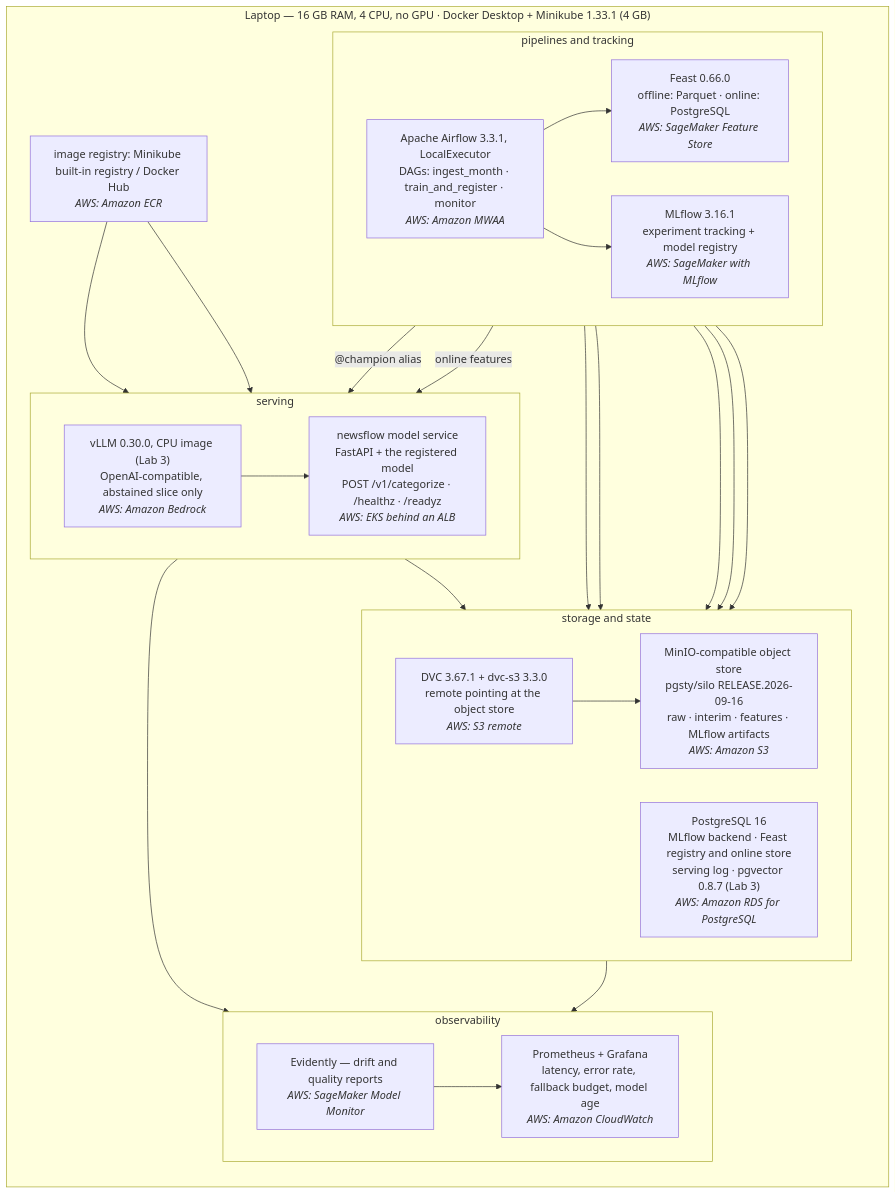
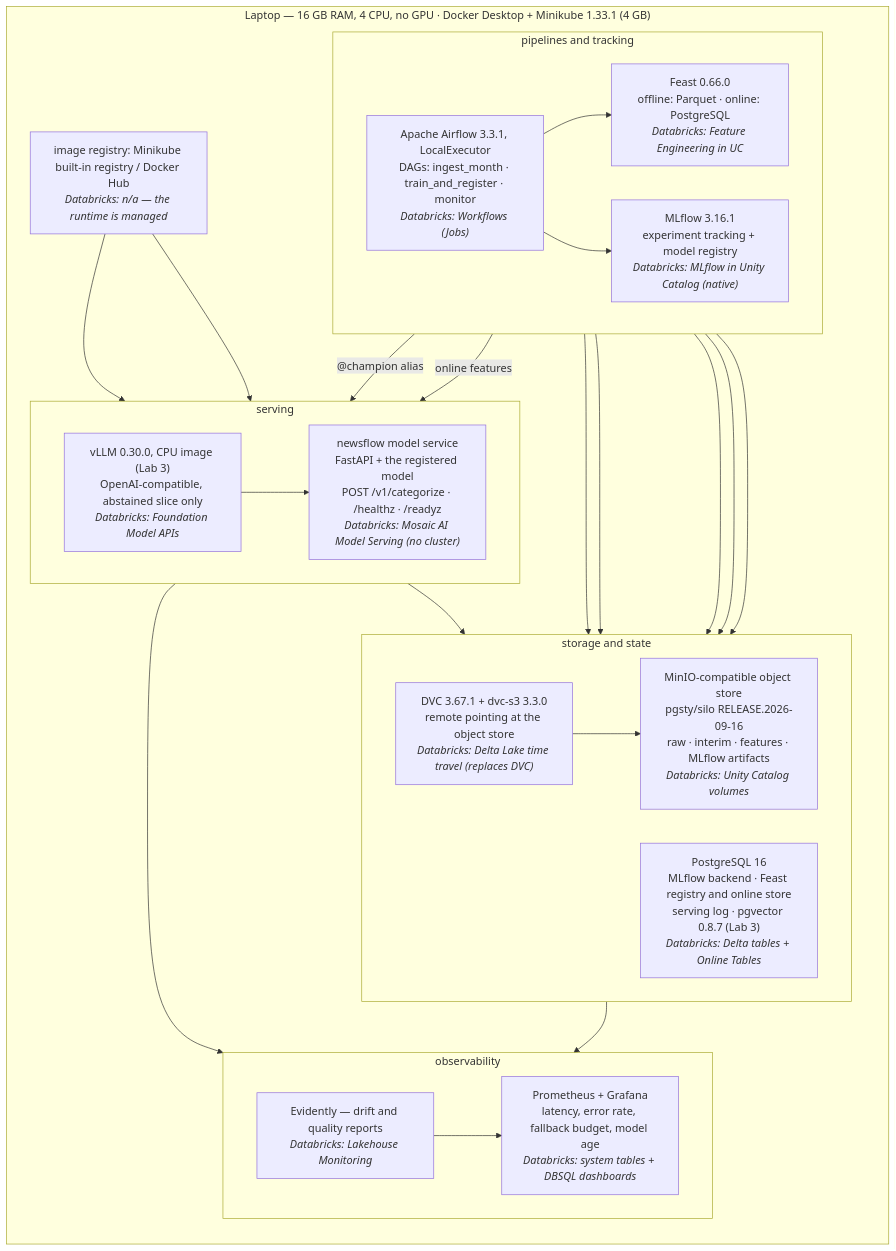
Before and after one commit to MoisieievVasya/mlops: the third of 3 diagrams in docs/design.md, drawn with Mermaid. The commit also changed other lines of this file and 2 other files, not shown here.

First line of the commit message:
infra variant: Databricks as the named managed platform

````diff
--- a/docs/design.md
+++ b/docs/design.md
@@ -482,52 +482,52 @@
 ```mermaid
 flowchart TB
     subgraph LAPTOP["Laptop — 16 GB RAM, 4 CPU, no GPU · Docker Desktop + Minikube 1.33.1 (4 GB)"]
       direction TB
 
       subgraph STORE["storage and state"]
         direction LR
-        MINIO["MinIO-compatible object store<br/>pgsty/silo RELEASE.2026-09-16<br/>raw · interim · features · MLflow artifacts<br/><i>AWS: Amazon S3</i>"]
-        PG["PostgreSQL 16<br/>MLflow backend · Feast registry and online store<br/>serving log · pgvector 0.8.7 (Lab 3)<br/><i>AWS: Amazon RDS for PostgreSQL</i>"]
-        DVC["DVC 3.67.1 + dvc-s3 3.3.0<br/>remote pointing at the object store<br/><i>AWS: S3 remote</i>"]
+        MINIO["MinIO-compatible object store<br/>pgsty/silo RELEASE.2026-09-16<br/>raw · interim · features · MLflow artifacts<br/><i>Databricks: Unity Catalog volumes</i>"]
+        PG["PostgreSQL 16<br/>MLflow backend · Feast registry and online store<br/>serving log · pgvector 0.8.7 (Lab 3)<br/><i>Databricks: Delta tables + Online Tables</i>"]
+        DVC["DVC 3.67.1 + dvc-s3 3.3.0<br/>remote pointing at the object store<br/><i>Databricks: Delta Lake time travel (replaces DVC)</i>"]
       end
 
       subgraph PIPE["pipelines and tracking"]
         direction LR
-        AF["Apache Airflow 3.3.1, LocalExecutor<br/>DAGs: ingest_month · train_and_register · monitor<br/><i>AWS: Amazon MWAA</i>"]
-        MLF["MLflow 3.16.1<br/>experiment tracking + model registry<br/><i>AWS: SageMaker with MLflow</i>"]
-        FEAST["Feast 0.66.0<br/>offline: Parquet · online: PostgreSQL<br/><i>AWS: SageMaker Feature Store</i>"]
+        AF["Apache Airflow 3.3.1, LocalExecutor<br/>DAGs: ingest_month · train_and_register · monitor<br/><i>Databricks: Workflows (Jobs)</i>"]
+        MLF["MLflow 3.16.1<br/>experiment tracking + model registry<br/><i>Databricks: MLflow in Unity Catalog (native)</i>"]
+        FEAST["Feast 0.66.0<br/>offline: Parquet · online: PostgreSQL<br/><i>Databricks: Feature Engineering in UC</i>"]
       end
 
       subgraph SERVE["serving"]
         direction LR
-        API["newsflow model service<br/>FastAPI + the registered model<br/>POST /v1/categorize · /healthz · /readyz<br/><i>AWS: EKS behind an ALB</i>"]
-        VLLM["vLLM 0.30.0, CPU image (Lab 3)<br/>OpenAI-compatible, abstained slice only<br/><i>AWS: Amazon Bedrock</i>"]
+        API["newsflow model service<br/>FastAPI + the registered model<br/>POST /v1/categorize · /healthz · /readyz<br/><i>Databricks: Mosaic AI Model Serving (no cluster)</i>"]
+        VLLM["vLLM 0.30.0, CPU image (Lab 3)<br/>OpenAI-compatible, abstained slice only<br/><i>Databricks: Foundation Model APIs</i>"]
       end
 
       subgraph OBS["observability"]
         direction LR
-        EV["Evidently — drift and quality reports<br/><i>AWS: SageMaker Model Monitor</i>"]
-        PROM["Prometheus + Grafana<br/>latency, error rate, fallback budget, model age<br/><i>AWS: Amazon CloudWatch</i>"]
+        EV["Evidently — drift and quality reports<br/><i>Databricks: Lakehouse Monitoring</i>"]
+        PROM["Prometheus + Grafana<br/>latency, error rate, fallback budget, model age<br/><i>Databricks: system tables + DBSQL dashboards</i>"]
       end
 
-      REG["image registry: Minikube built-in registry / Docker Hub<br/><i>AWS: Amazon ECR</i>"]
+      REG["image registry: Minikube built-in registry / Docker Hub<br/><i>Databricks: n/a — the runtime is managed</i>"]
     end
 
     AF --> MINIO
     AF --> PG
     DVC --> MINIO
     AF --> FEAST
     AF --> MLF
     MLF --> PG
     MLF --> MINIO
     FEAST --> PG
     MLF -->|"@champion alias"| API
     FEAST -->|"online features"| API
     API --> PG
     VLLM --> API
     API --> PROM
     PG --> EV
     EV --> PROM
     REG --> API
     REG --> VLLM
 ```
````
